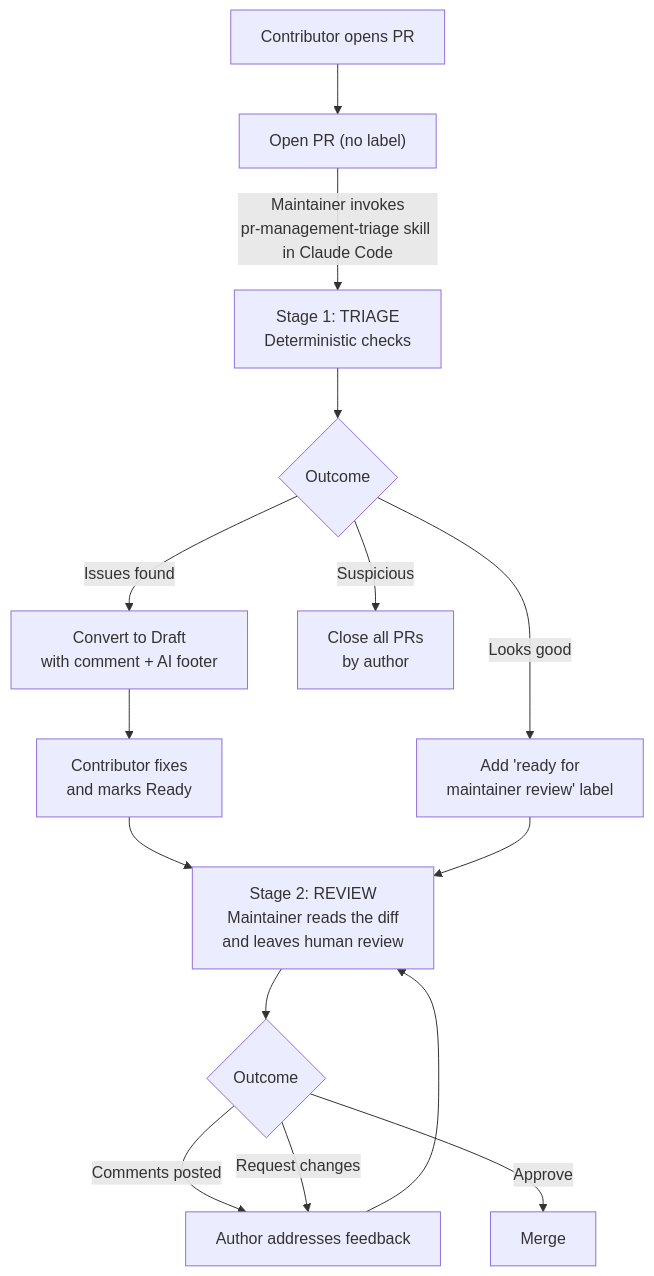
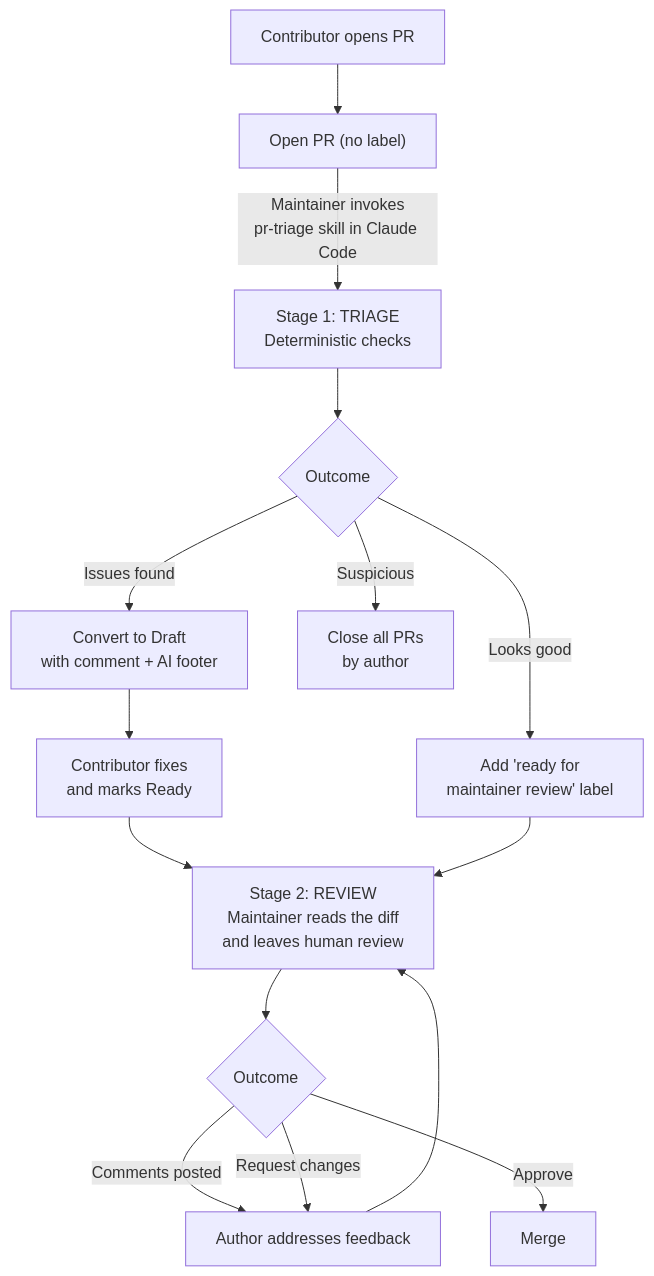
One commit to seanjpollard/security-test-airflow changed the diagram in contributing-docs/25_maintainer_pr_triage.md. Above: the diagram before and after it, drawn with Mermaid. The commit also changed other lines of this file and 8573 other files, not shown here.

````diff
--- a/contributing-docs/25_maintainer_pr_triage.md
+++ b/contributing-docs/25_maintainer_pr_triage.md
@@ -85,17 +85,17 @@
 ```mermaid
 flowchart TD
     A[Contributor opens PR] --> B["Open PR (no label)"]
-    B -->|"Maintainer invokes<br/>pr-management-triage skill in Claude Code"| C["Stage 1: TRIAGE<br/>Deterministic checks"]
+    B -->|"Maintainer invokes<br/>pr-triage skill in Claude Code"| C["Stage 1: TRIAGE<br/>Deterministic checks"]
     C --> D{Outcome}
     D -->|Issues found| E[Convert to Draft<br/>with comment + AI footer]
     D -->|Looks good| F["Add 'ready for<br/>maintainer review' label"]
     D -->|Suspicious| G[Close all PRs<br/>by author]
     E --> H[Contributor fixes<br/>and marks Ready]
     H --> I[Stage 2: REVIEW]
     F --> I
     I["Stage 2: REVIEW<br/>Maintainer reads the diff<br/>and leaves human review"] --> J{Outcome}
     J -->|Comments posted| K[Author addresses feedback]
     J -->|Approve| L[Merge]
     J -->|Request changes| K
     K --> I
 ```
````
